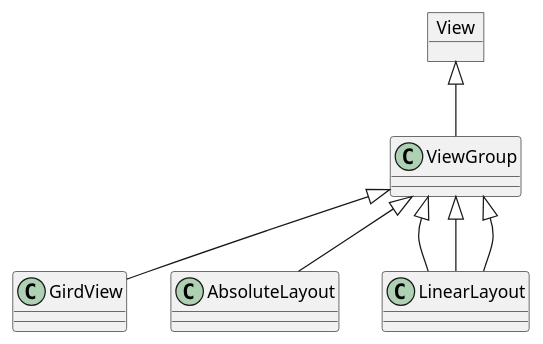
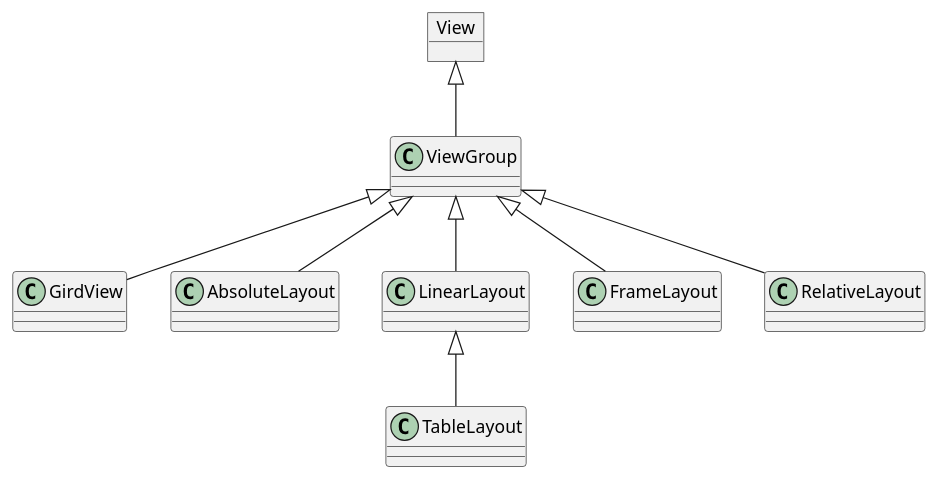
Before and after one commit to leoliew/FavoriteToys: the diagram in document/布局类图.puml, drawn with PlantUML.

```diff
--- a/document/布局类图.puml
+++ b/document/布局类图.puml
@@ -1,11 +1,13 @@
 @startuml
 object View
 
 View <|-- ViewGroup
 
 ViewGroup <|-- GirdView
 ViewGroup <|-- AbsoluteLayout
 ViewGroup <|-- LinearLayout
-ViewGroup <|-- LinearLayout
-ViewGroup <|-- LinearLayout
+ViewGroup <|-- FrameLayout
+ViewGroup <|-- RelativeLayout
+
+LinearLayout <|-- TableLayout
 @enduml
```
